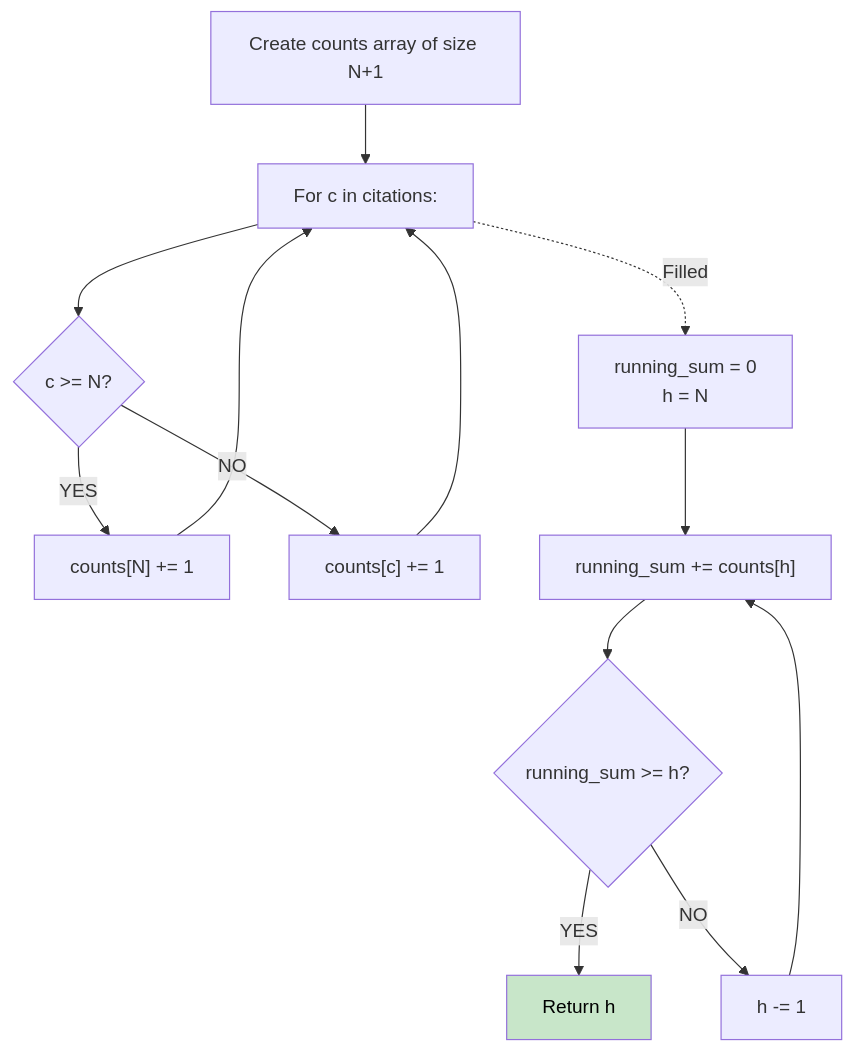
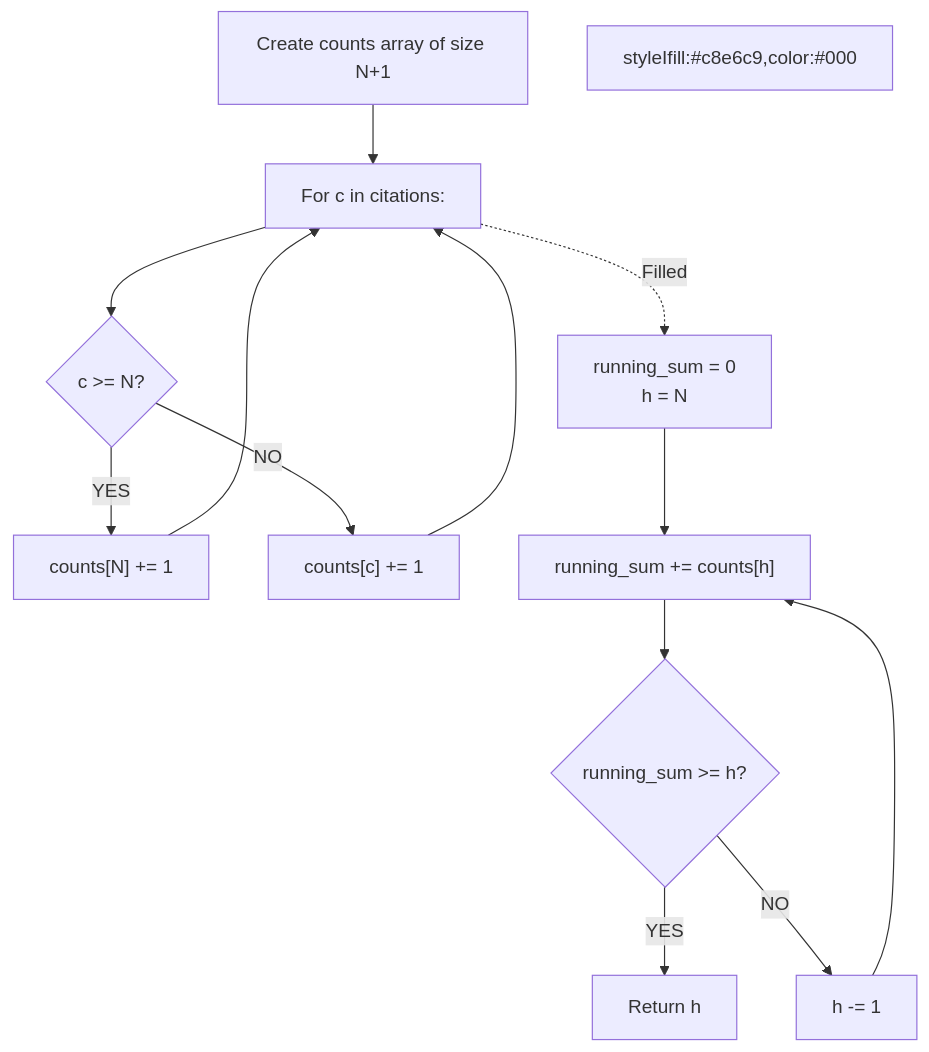
The diagram in 35 - Linear Sorting Algorithm/problem_03_h_index_walkthrough.md (vadde/DSA), drawn with Mermaid before and after one commit. The commit also changed 245 other files, not shown here.

First line of the commit message:
fix: Forensic fix of all Mermaid rendering issues across entire DSA repo + add pre-commit validation infrastructure

````diff
--- a/35 - Linear Sorting Algorithm/problem_03_h_index_walkthrough.md
+++ b/35 - Linear Sorting Algorithm/problem_03_h_index_walkthrough.md
@@ -39,17 +39,17 @@
 ```mermaid
 flowchart TD
     A["Create counts array of size N+1"] --> B["For c in citations:"]
     B --> C{"c >= N?"}
     C -->|YES| D["counts[N] += 1"]
     C -->|NO| E["counts[c] += 1"]
     D & E --> B
     
     B -.->|Filled| F["running_sum = 0\nh = N"]
     F --> G["running_sum += counts[h]"]
     G --> H{"running_sum >= h?"}
     H -->|YES| I["Return h"]
     H -->|NO| J["h -= 1"]
     J --> G
-    
-    style I fill:#c8e6c9,color:#000
+
+styleIfill:#c8e6c9,color:#000
 ```
````
